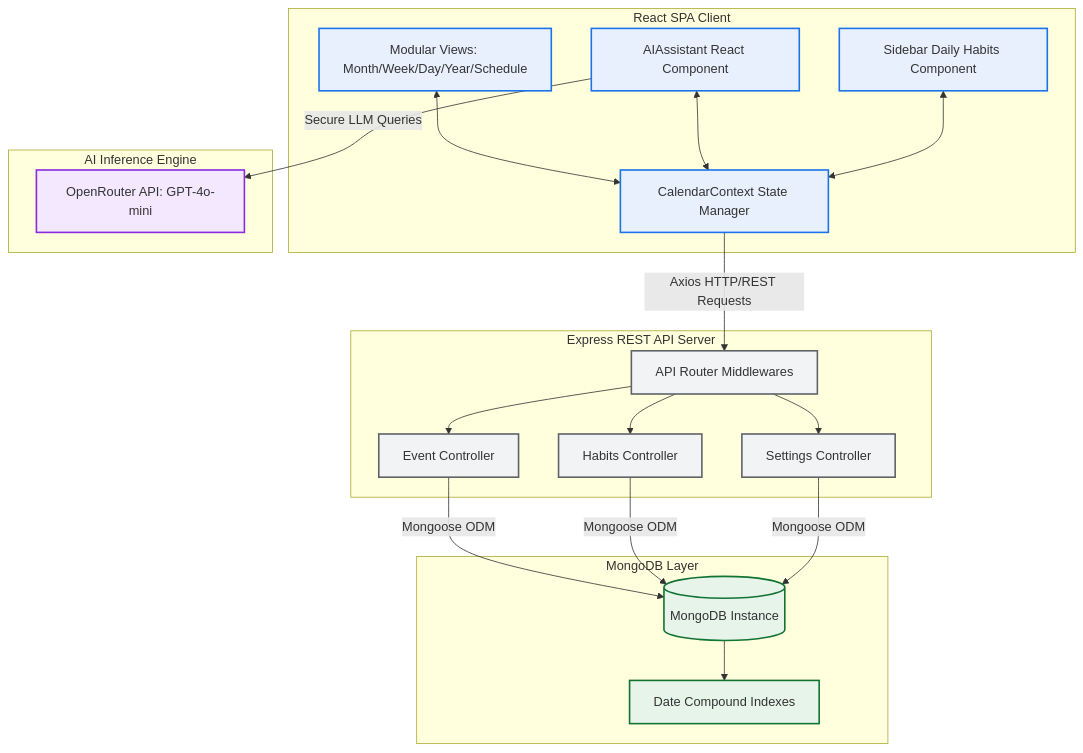
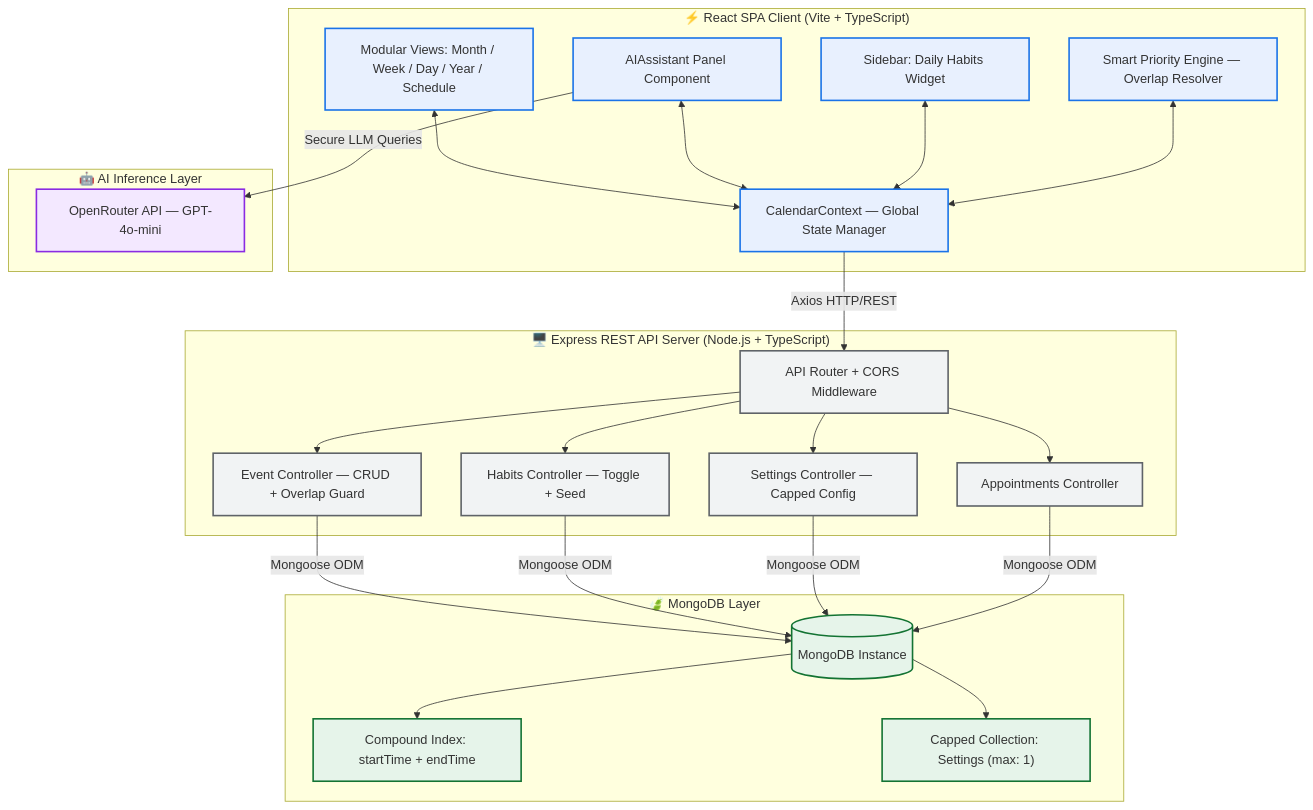
Before and after one commit to Pranjal-3d/GoogleCalender: the first of 4 diagrams in README.md, drawn with Mermaid. The commit also changed other lines of this file, not shown here.

````diff
--- a/README.md
+++ b/README.md
@@ -19,51 +143,51 @@
 ```mermaid
 graph TD
-    %% Styling
     classDef client fill:#e8f0fe,stroke:#1a73e8,stroke-width:2px;
     classDef server fill:#f1f3f4,stroke:#5f6368,stroke-width:2px;
     classDef db fill:#e6f4ea,stroke:#137333,stroke-width:2px;
     classDef ai fill:#f3e8ff,stroke:#8a2be2,stroke-width:2px;
+    classDef priority fill:#fff8e1,stroke:#f9ab00,stroke-width:2px;
 
-    %% Frontend Nodes
-    subgraph Client [React SPA Client]
-        V[Modular Views: Month/Week/Day/Year/Schedule]
-        Ctx[CalendarContext State Manager]
-        AI_Comp[AIAssistant React Component]
-        Hab_Comp[Sidebar Daily Habits Component]
+    subgraph Client ["⚡ React SPA Client (Vite + TypeScript)"]
+        V["Modular Views: Month / Week / Day / Year / Schedule"]
+        Ctx["CalendarContext — Global State Manager"]
+        AI_Comp["AIAssistant Panel Component"]
+        Hab_Comp["Sidebar: Daily Habits Widget"]
+        PE["Smart Priority Engine — Overlap Resolver"]
     end
-    class V,Ctx,AI_Comp,Hab_Comp client;
+    class V,Ctx,AI_Comp,Hab_Comp,PE client;
 
-    %% Backend Nodes
-    subgraph Server [Express REST API Server]
-        R[API Router Middlewares]
-        EC[Event Controller]
-        HC[Habits Controller]
-        SC[Settings Controller]
+    subgraph Server ["🖥️ Express REST API Server (Node.js + TypeScript)"]
+        R["API Router + CORS Middleware"]
+        EC["Event Controller — CRUD + Overlap Guard"]
+        HC["Habits Controller — Toggle + Seed"]
+        SC["Settings Controller — Capped Config"]
+        AC["Appointments Controller"]
     end
-    class R,EC,HC,SC server;
+    class R,EC,HC,SC,AC server;
 
-    %% Database Nodes
-    subgraph Database [MongoDB Layer]
-        MDB[(MongoDB Instance)]
-        index[Date Compound Indexes]
+    subgraph Database ["🍃 MongoDB Layer"]
+        MDB[("MongoDB Instance")]
+        IDX["Compound Index: startTime + endTime"]
+        CAP["Capped Collection: Settings (max: 1)"]
     end
-    class MDB,index db;
+    class MDB,IDX,CAP db;
 
-    %% AI Integrator
-    subgraph AIProviders [AI Inference Engine]
-        OR[OpenRouter API: GPT-4o-mini]
+    subgraph AIProviders ["🤖 AI Inference Layer"]
+        OR["OpenRouter API — GPT-4o-mini"]
     end
     class OR ai;
 
-    %% Flow Connections
     V <--> Ctx
     AI_Comp <--> Ctx
     Hab_Comp <--> Ctx
-    
-    Ctx -- Axios HTTP/REST Requests --> R
-    AI_Comp -- Secure LLM Queries --> OR
-    
-    R --> EC & HC & SC
-    EC & HC & SC -- Mongoose ODM --> MDB
-    MDB --> index
+    PE <--> Ctx
+
+    Ctx -- "Axios HTTP/REST" --> R
+    AI_Comp -- "Secure LLM Queries" --> OR
+
+    R --> EC & HC & SC & AC
+    EC & HC & SC & AC -- "Mongoose ODM" --> MDB
+    MDB --> IDX
+    MDB --> CAP
 ```
````
